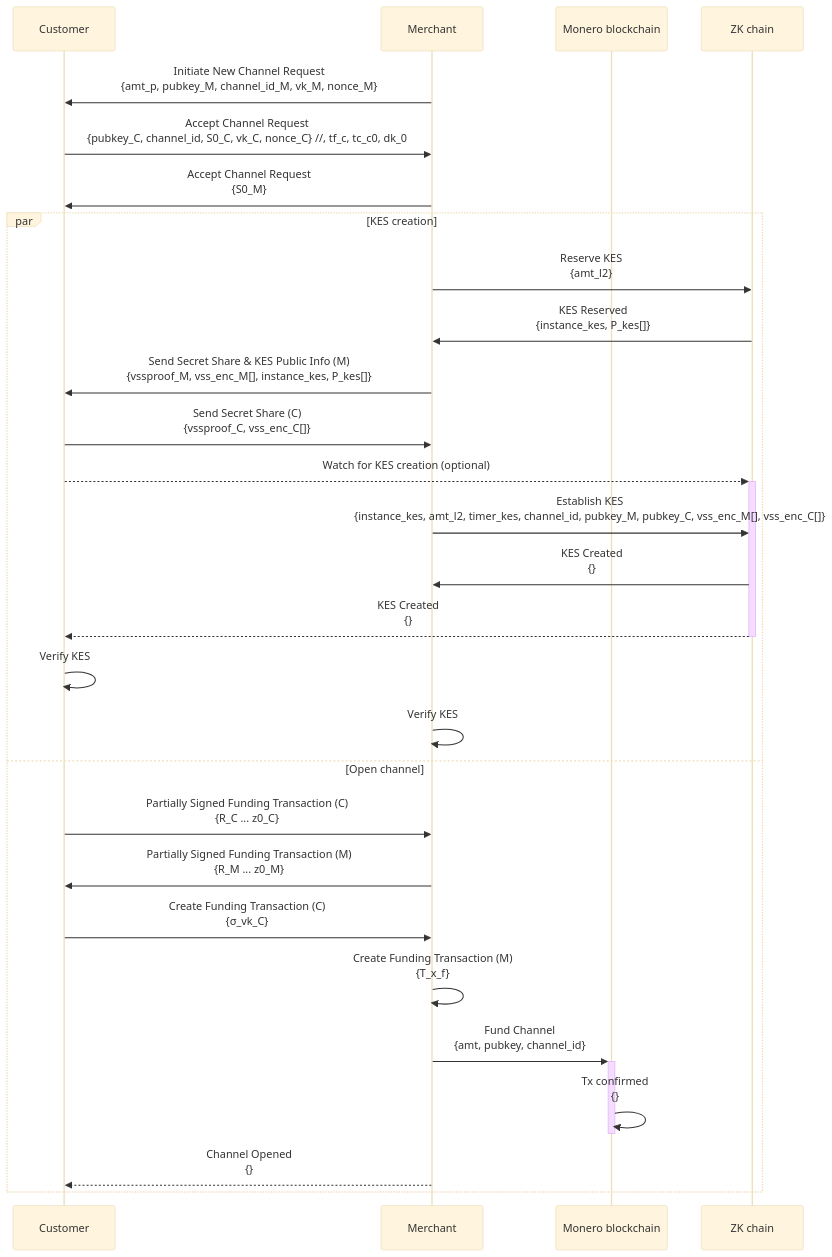
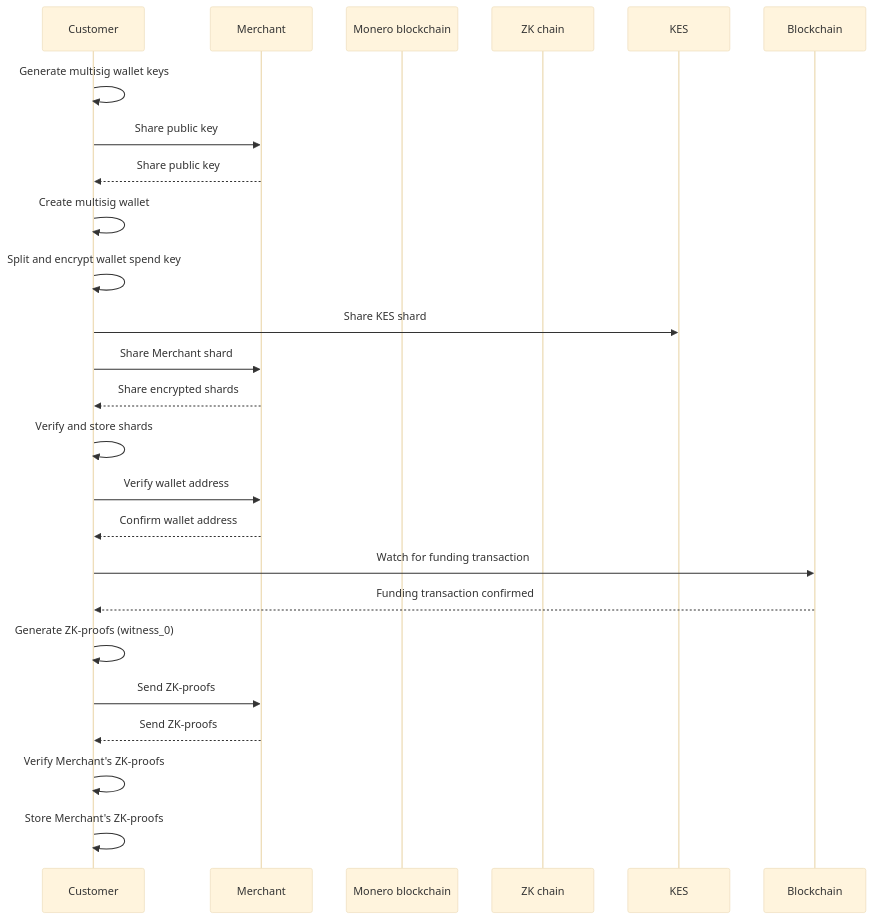
One commit to grease-xmr/grease changed the diagram in docs/diagrams/establish_channel_sequence.md. Above: the diagram before and after it, drawn with Mermaid (base theme). The commit also changed 11 other files, not shown here.

````diff
--- a/docs/diagrams/establish_channel_sequence.md
+++ b/docs/diagrams/establish_channel_sequence.md
@@ -1,31 +1,31 @@
 ```mermaid
 sequenceDiagram
     participant C as Customer
     participant M as Merchant
     participant L1 as Monero blockchain
     participant L2 as ZK chain
 
-    M ->> C: Initiate New Channel Request<br/>{amt_p, pubkey_M, channel_id_M, vk_M, nonce_M}
-    C ->> M: Accept Channel Request<br/>{pubkey_C, channel_id, S0_C, vk_C, nonce_C}   //, tf_c, tc_c0, dk_0
-    M ->> C: Accept Channel Request<br/>{S0_M}
-    par KES creation
-        M ->> L2: Reserve KES<br/>{amt_l2}
-        L2 ->> M: KES Reserved<br/>{instance_kes, P_kes[]}
-        M ->> C: Send Secret Share & KES Public Info (M)<br/>{vssproof_M, vss_enc_M[], instance_kes, P_kes[]}
-        C ->> M: Send Secret Share (C)<br/>{vssproof_C, vss_enc_C[]}
-        C -->>+ L2: Watch for KES creation (optional)
-        M ->> L2: Establish KES<br/>{instance_kes, amt_l2, timer_kes, channel_id, pubkey_M, pubkey_C, vss_enc_M[], vss_enc_C[]}
-        L2 ->> M: KES Created<br/>{}
-        L2 -->>- C: KES Created<br/>{}
-        C ->> C: Verify KES
-        M ->> M: Verify KES
-    and Open channel
-        C ->> M: Partially Signed Funding Transaction (C)<br/>{R_C ... z0_C}
-        M ->> C: Partially Signed Funding Transaction (M)<br/>{R_M ... z0_M}
-        C ->> M: Create Funding Transaction (C)<br/>{σ_vk_C}
-        M ->> M: Create Funding Transaction (M)<br/>{T_x_f}
-        M ->>+ L1: Fund Channel<br/>{amt, pubkey, channel_id}
-        L1 ->>- L1: Tx confirmed<br/>{}
-        M -->> C: Channel Opened<br/>{}
-    end
+ 
+    C->>C: Generate multisig wallet keys
+    C->>M: Share public key
+    M-->>C: Share public key
+    C->>C: Create multisig wallet
+
+    C->>C: Split and encrypt wallet spend key
+    C->>KES: Share KES shard
+    C->>M: Share Merchant shard
+    M-->>C: Share encrypted shards
+    C->>C: Verify and store shards
+
+    C->>M: Verify wallet address
+    M-->>C: Confirm wallet address
+
+    C->>Blockchain: Watch for funding transaction
+    Blockchain-->>C: Funding transaction confirmed
+
+    C->>C: Generate ZK-proofs (witness_0)
+    C->>M: Send ZK-proofs
+    M-->>C: Send ZK-proofs
+    C->>C: Verify Merchant's ZK-proofs
+    C->>C: Store Merchant's ZK-proofs
 ```
````
